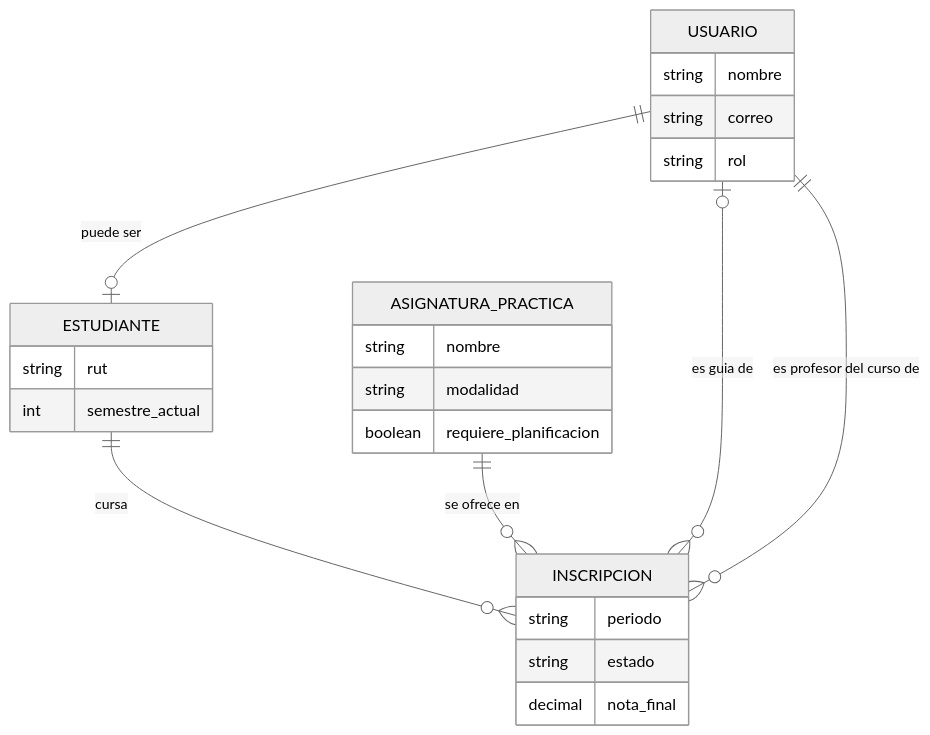
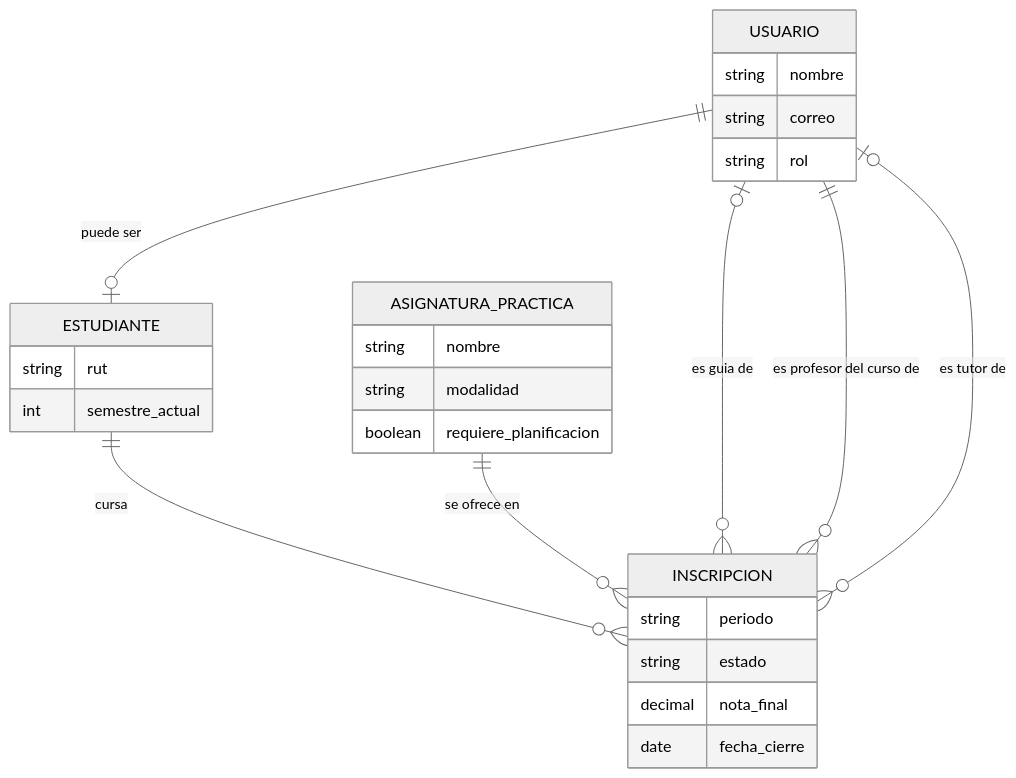
One commit to MconchaOJ/ProyectoSemestralISW changed the first of 6 diagrams in Sprint1/mer.md. Above: the diagram before and after it, drawn with Mermaid (neutral theme). The commit also changed other lines of this file and 109 other files, not shown here.

````diff
--- a/Sprint1/mer.md
+++ b/Sprint1/mer.md
@@ -45,28 +45,30 @@
 ```mermaid
 erDiagram
     USUARIO ||--o| ESTUDIANTE : "puede ser"
     ESTUDIANTE ||--o{ INSCRIPCION : "cursa"
     ASIGNATURA_PRACTICA ||--o{ INSCRIPCION : "se ofrece en"
     USUARIO |o--o{ INSCRIPCION : "es guia de"
     USUARIO ||--o{ INSCRIPCION : "es profesor del curso de"
+    USUARIO |o--o{ INSCRIPCION : "es tutor de"
 
     USUARIO {
         string nombre
         string correo
         string rol
     }
     ESTUDIANTE {
         string rut
         int semestre_actual
     }
     ASIGNATURA_PRACTICA {
         string nombre
         string modalidad
         boolean requiere_planificacion
     }
     INSCRIPCION {
         string periodo
         string estado
         decimal nota_final
+        date fecha_cierre
     }
 ```
````
